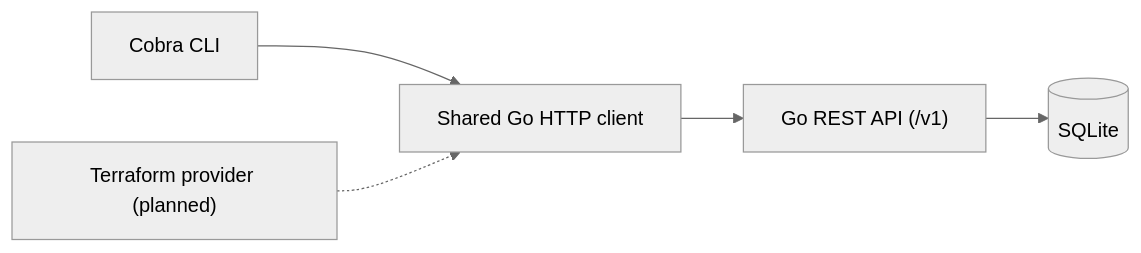
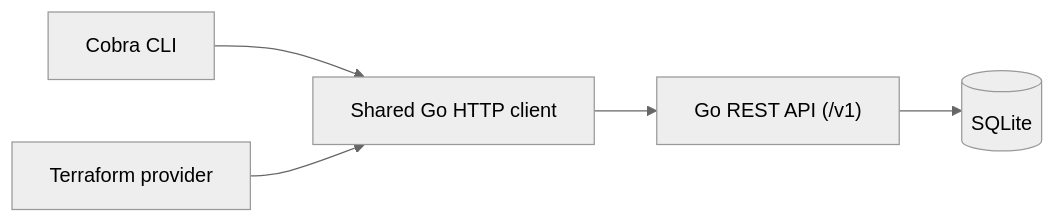
One commit to ahmedr1zwan/flagctl changed the diagram in README.md. Above: the diagram before and after it, drawn with Mermaid (neutral theme). The commit also changed other lines of this file and 13 other files, not shown here.

````diff
--- a/README.md
+++ b/README.md
@@ -21,7 +23,7 @@
 ```mermaid
 flowchart LR
     CLI["Cobra CLI"] --> Client["Shared Go HTTP client"]
-    Terraform["Terraform provider (planned)"] -.-> Client
+    Terraform["Terraform provider"] --> Client
     Client --> API["Go REST API (/v1)"]
     API --> DB[(SQLite)]
 ```
````
